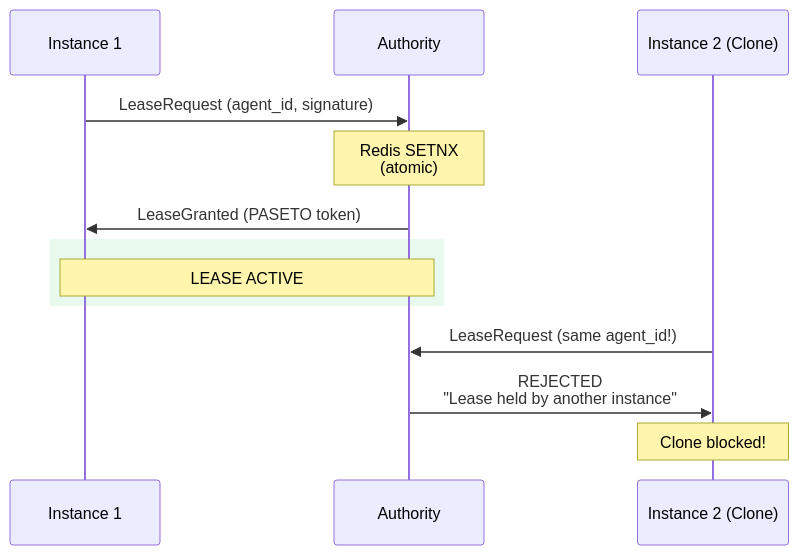
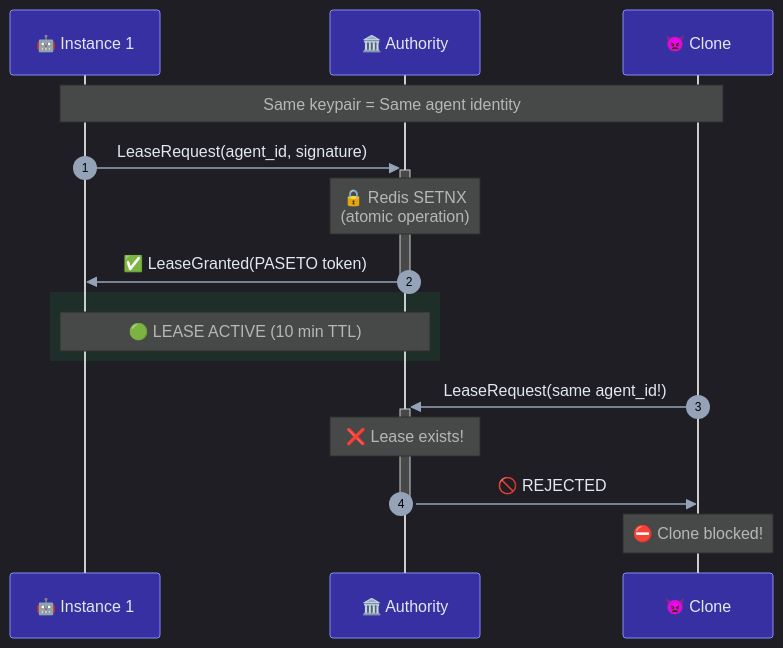
One commit to trustorno/sigaid changed the fourth of 7 diagrams in README.md. Above: the diagram before and after it, drawn with Mermaid. The commit also changed other lines of this file, not shown here.

Commit message:
Enhance README with polished dark-themed Mermaid diagrams

````diff
--- a/README.md
+++ b/README.md
@@ -121,19 +172,29 @@
 ```mermaid
+%%{init: {'theme': 'dark', 'themeVariables': { 'fontFamily': 'ui-monospace, monospace', 'actorTextColor': '#e2e8f0', 'actorBkg': '#3730a3', 'actorBorder': '#818cf8', 'signalColor': '#94a3b8', 'signalTextColor': '#e2e8f0'}}}%%
 sequenceDiagram
-    participant I1 as Instance 1
-    participant Auth as Authority
-    participant I2 as Instance 2 (Clone)
+    autonumber
 
-    I1->>Auth: LeaseRequest (agent_id, signature)
-    Note over Auth: Redis SETNX<br/>(atomic)
-    Auth->>I1: LeaseGranted (PASETO token)
+    participant I1 as 🤖 Instance 1
+    participant AUTH as 🏛️ Authority
+    participant I2 as 👿 Clone
 
-    rect rgb(34, 197, 94, 0.1)
-        Note over I1,Auth: LEASE ACTIVE
+    Note over I1,I2: Same keypair = Same agent identity
+
+    I1->>+AUTH: LeaseRequest(agent_id, signature)
+
+    Note over AUTH: 🔒 Redis SETNX<br/>(atomic operation)
+
+    AUTH->>-I1: ✅ LeaseGranted(PASETO token)
+
+    rect rgba(34, 197, 94, 0.1)
+        Note over I1,AUTH: 🟢 LEASE ACTIVE (10 min TTL)
     end
 
-    I2->>Auth: LeaseRequest (same agent_id!)
-    Auth->>I2: REJECTED<br/>"Lease held by another instance"
+    I2->>+AUTH: LeaseRequest(same agent_id!)
 
-    Note over I2: Clone blocked!
+    Note over AUTH: ❌ Lease exists!
+
+    AUTH->>-I2: 🚫 REJECTED
+
+    Note over I2: ⛔ Clone blocked!
 ```
````
